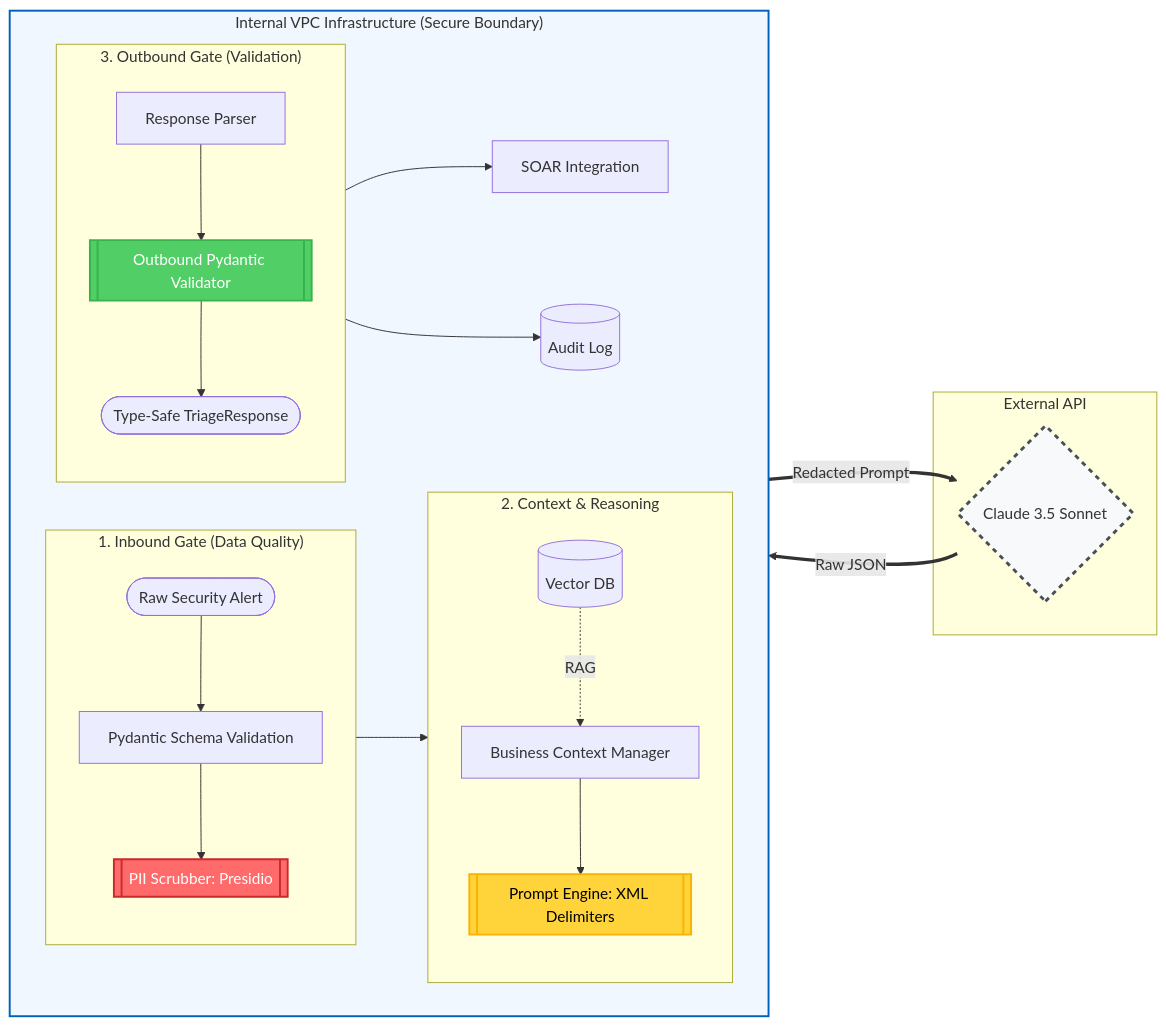
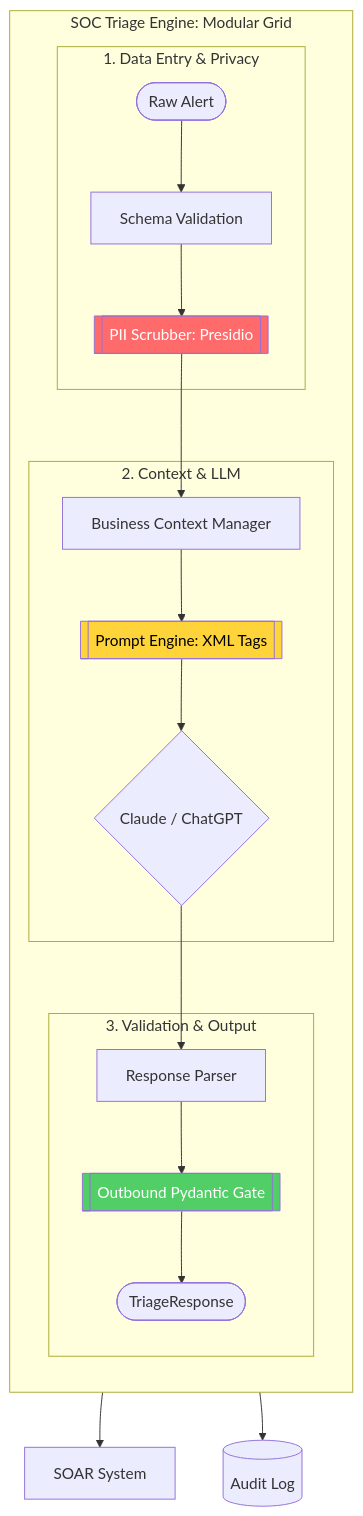
The diagram in README.md (mikewolf256/llm-soc-triage), drawn with Mermaid before and after one commit.

Commit message:
Simplify diagram to modular grid layout for maximum clarity
Final diagram refinement focusing on readability over complexity:

Design Changes:
- Vertical flow (TD) is more intuitive for documentation
- Clean modular grid: 3 sections stacked vertically
- Simplified node IDs (A-I) reduce visual clutter
- Removed nested subgraphs that created complexity
- LLM integrated as node within Reasoning section (not separate boundary)

Three-Module Architecture:
1. Data Entry & Privacy - Schema validation and PII scrubbing
2. Context & LLM - Business enrichment, prompt building, and LLM call
3. Validation & Output - Response parsing and output validation

Visual Design:
- Safety gates highlighted in red/yellow/green
- Minimal styling for professional appearance
- Clear section labels with numbered gates
- Final outputs (SOAR and Audit) outside main flow for clarity

Result: Diagram is now clean, professional, and tells the complete
security story without overwhelming the viewer. Perfect for presentations
and documentation where simplicity wins.

````diff
--- a/README.md
+++ b/README.md
@@ -34,49 +34,32 @@
 ```mermaid
-flowchart LR
-    subgraph Internal [" Internal VPC Infrastructure (Secure Boundary) "]
-        direction LR
-        
-        %% Inbound Section
-        subgraph Inbound [" 1. Inbound Gate (Data Quality) "]
-            direction TB
-            Start([Raw Security Alert]) --> Valid[Pydantic Schema Validation]
-            Valid --> Scrub[[PII Scrubber: Presidio]]
+flowchart TD
+    %% Define the high-level boundary
+    subgraph System ["SOC Triage Engine: Modular Grid"]
+        direction TB
+
+        subgraph Inbound ["1. Data Entry & Privacy"]
+            A([Raw Alert]) --> B[Schema Validation]
+            B --> C[[PII Scrubber: Presidio]]
         end
 
-        %% Enrichment Section
-        subgraph Enrichment [" 2. Context & Reasoning "]
-            direction TB
-            Scrub --> Context[Business Context Manager]
-            VDB[(Vector DB)] -.->|RAG| Context
-            Context --> Prompt[[Prompt Engine: XML Delimiters]]
+        subgraph Reasoning ["2. Context & LLM"]
+            C --> D[Business Context Manager]
+            D --> E[[Prompt Engine: XML Tags]]
+            E --> F{Claude / ChatGPT}
         end
 
-        %% Outbound Section
-        subgraph Outbound [" 3. Outbound Gate (Validation) "]
-            direction TB
-            Parse[Response Parser] --> OutGate[[Outbound Pydantic Validator]]
-            OutGate --> Final([Type-Safe TriageResponse])
+        subgraph Resolution ["3. Validation & Output"]
+            F --> G[Response Parser]
+            G --> H[[Outbound Pydantic Gate]]
+            H --> I([TriageResponse])
         end
-
-        %% Final Integration
-        Final --> SOAR[SOAR Integration]
-        Final --> Audit[(Audit Log)]
     end
 
-    %% External LLM Layer
-    subgraph External [" External API "]
-        LLM{Claude 3.5 Sonnet}
-    end
+    I --> SOAR[SOAR System]
+    I --> Audit[(Audit Log)]
 
-    %% Key Cross-Boundary Connections
-    Prompt ==>|Redacted Prompt| LLM
-    LLM ==>|Raw JSON| Parse
-
-    %% Styling based on Three-Layer Security Model
-    style Scrub fill:#ff6b6b,stroke:#c92a2a,color:#fff,stroke-width:2px
-    style Prompt fill:#ffd43b,stroke:#fab005,color:#000,stroke-width:2px
-    style OutGate fill:#51cf66,stroke:#37b24d,color:#fff,stroke-width:2px
-    style LLM fill:#f8f9fa,stroke:#495057,stroke-width:3px,stroke-dasharray: 5 5
-    style Internal fill:#f0f7ff,stroke:#005fb8,stroke-width:2px
-
+    %% Highlighting the Safety Gates
+    style C fill:#ff6b6b,color:#fff
+    style E fill:#ffd43b,color:#000
+    style H fill:#51cf66,color:#fff
 ```
````
